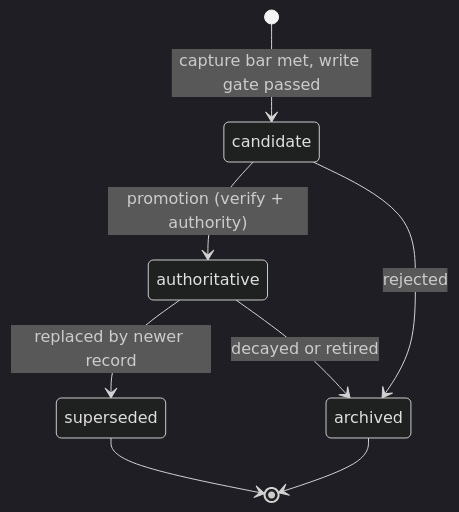
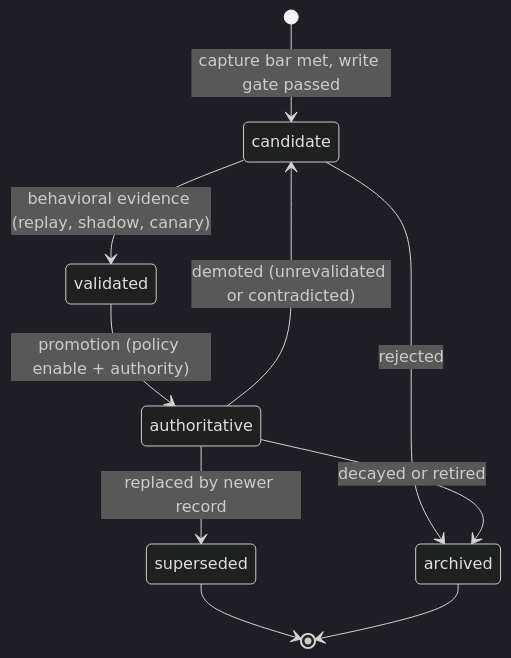
Before and after one commit to juliusz-cwiakalski/agentic-delivery-os: the diagram in doc/planning/concepts/memory-architecture.md, drawn with Mermaid (dark theme). The commit also changed other lines of this file and 5 other files, not shown here.

````diff
--- a/doc/planning/concepts/memory-architecture.md
+++ b/doc/planning/concepts/memory-architecture.md
@@ -115,10 +122,12 @@
 ```mermaid
 stateDiagram-v2
     [*] --> candidate: capture bar met, write gate passed
-    candidate --> authoritative: promotion (verify + authority)
+    candidate --> validated: behavioral evidence (replay, shadow, canary)
     candidate --> archived: rejected
+    validated --> authoritative: promotion (policy enable + authority)
     authoritative --> superseded: replaced by newer record
     authoritative --> archived: decayed or retired
+    authoritative --> candidate: demoted (unrevalidated or contradicted)
     superseded --> [*]
     archived --> [*]
 ```
````
